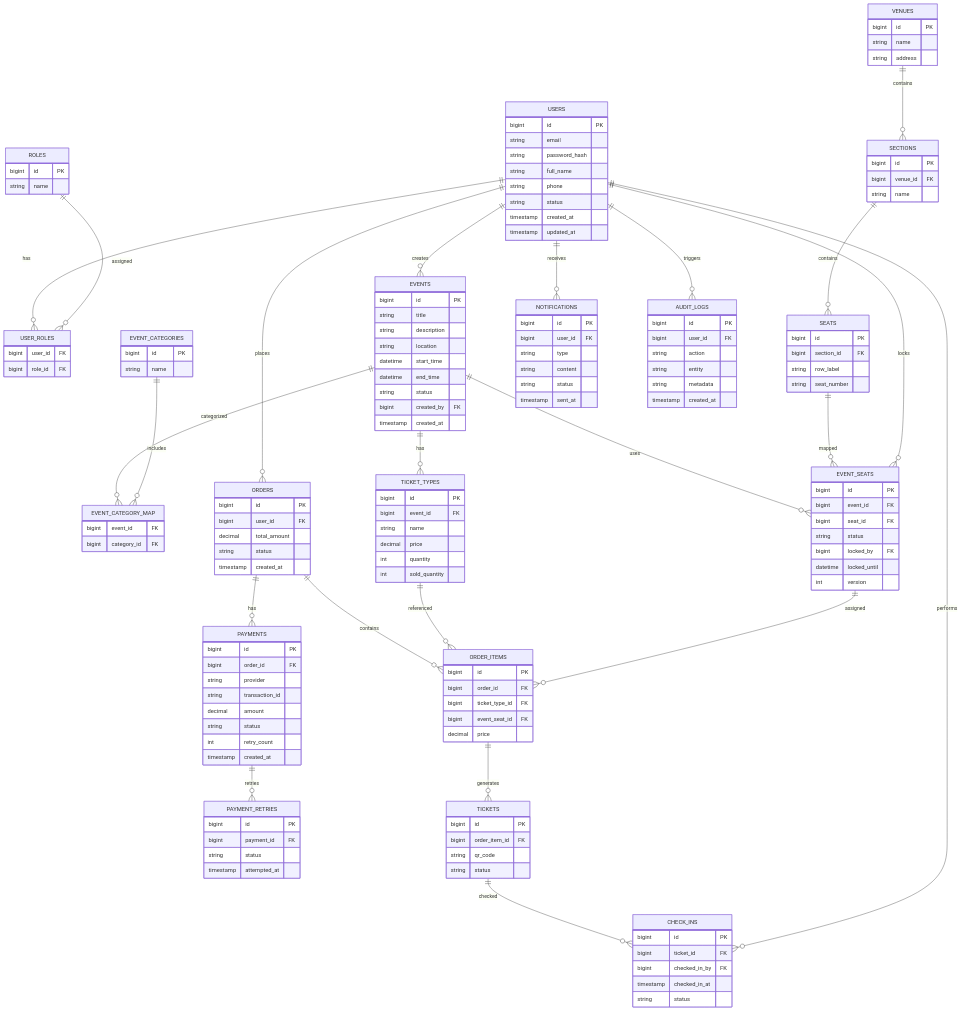
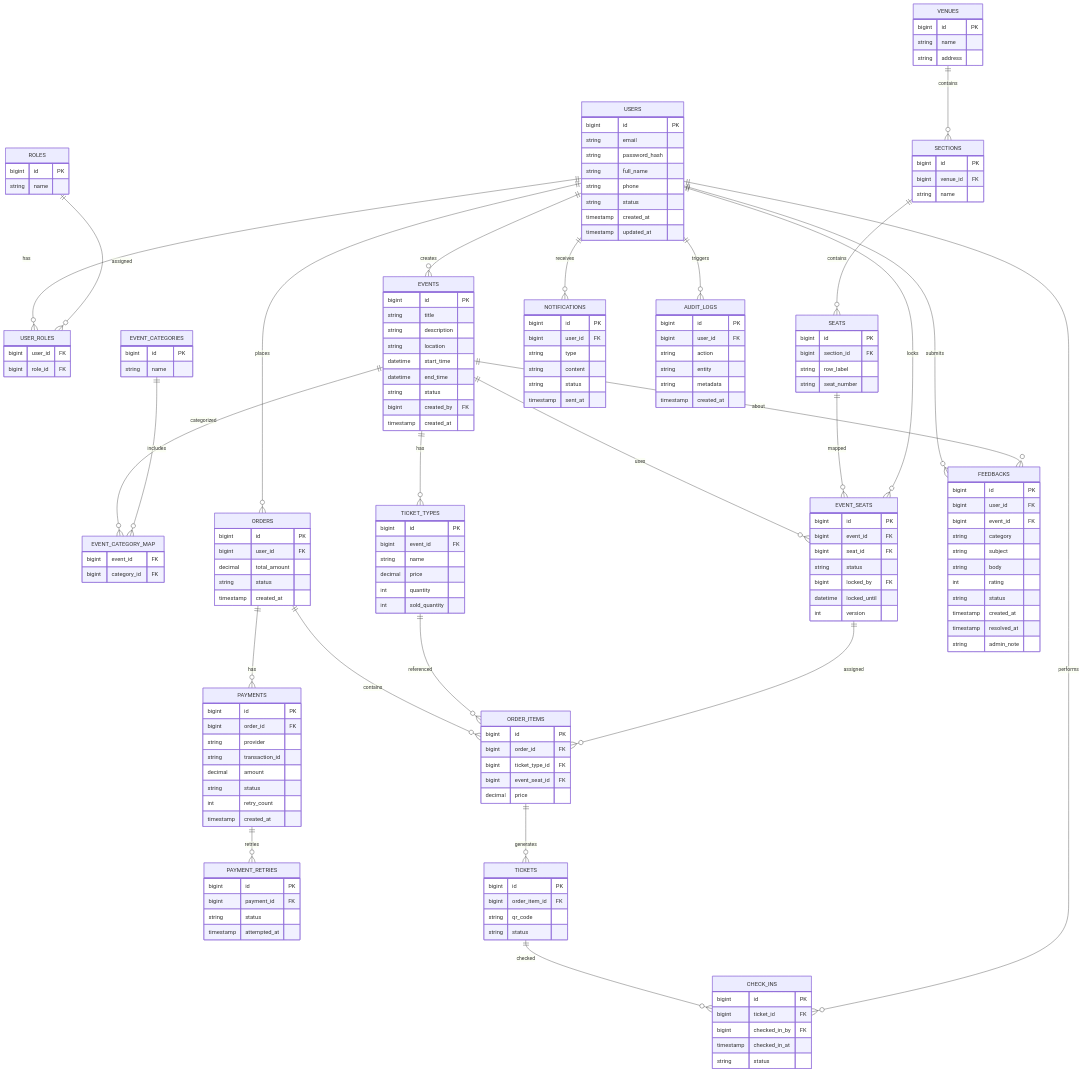
Before and after one commit to phuchoang2005/DeDe-Ticket: the diagram in docs/database-setup/schema-definition.md, drawn with Mermaid. The commit also changed other lines of this file and 74 other files, not shown here.

First line of the commit message:
feat(db): normalize schema via 9-slice Flyway migrations (iteration 4)

````diff
--- a/docs/database-setup/schema-definition.md
+++ b/docs/database-setup/schema-definition.md
@@ -162,6 +162,20 @@
         timestamp created_at
     }
 
+    FEEDBACKS {
+        bigint id PK
+        bigint user_id FK
+        bigint event_id FK
+        string category
+        string subject
+        string body
+        int rating
+        string status
+        timestamp created_at
+        timestamp resolved_at
+        string admin_note
+    }
+
     USERS ||--o{ USER_ROLES : has
     ROLES ||--o{ USER_ROLES : assigned
 
@@ -195,4 +209,7 @@
 
     USERS ||--o{ NOTIFICATIONS : receives
     USERS ||--o{ AUDIT_LOGS : triggers
+
+    USERS  ||--o{ FEEDBACKS : submits
+    EVENTS ||--o{ FEEDBACKS : about
 ```
````
